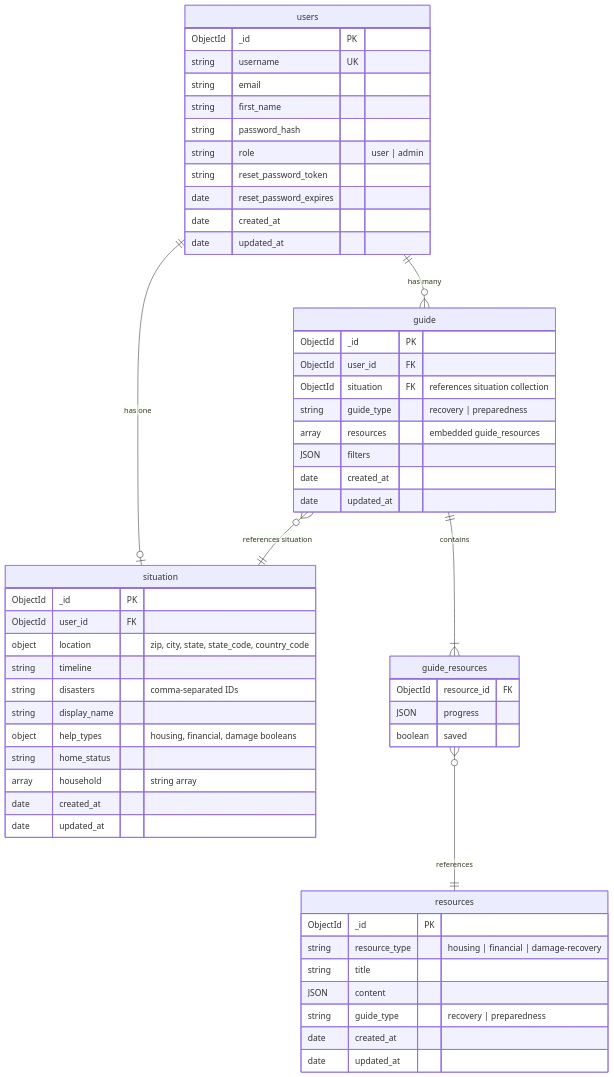
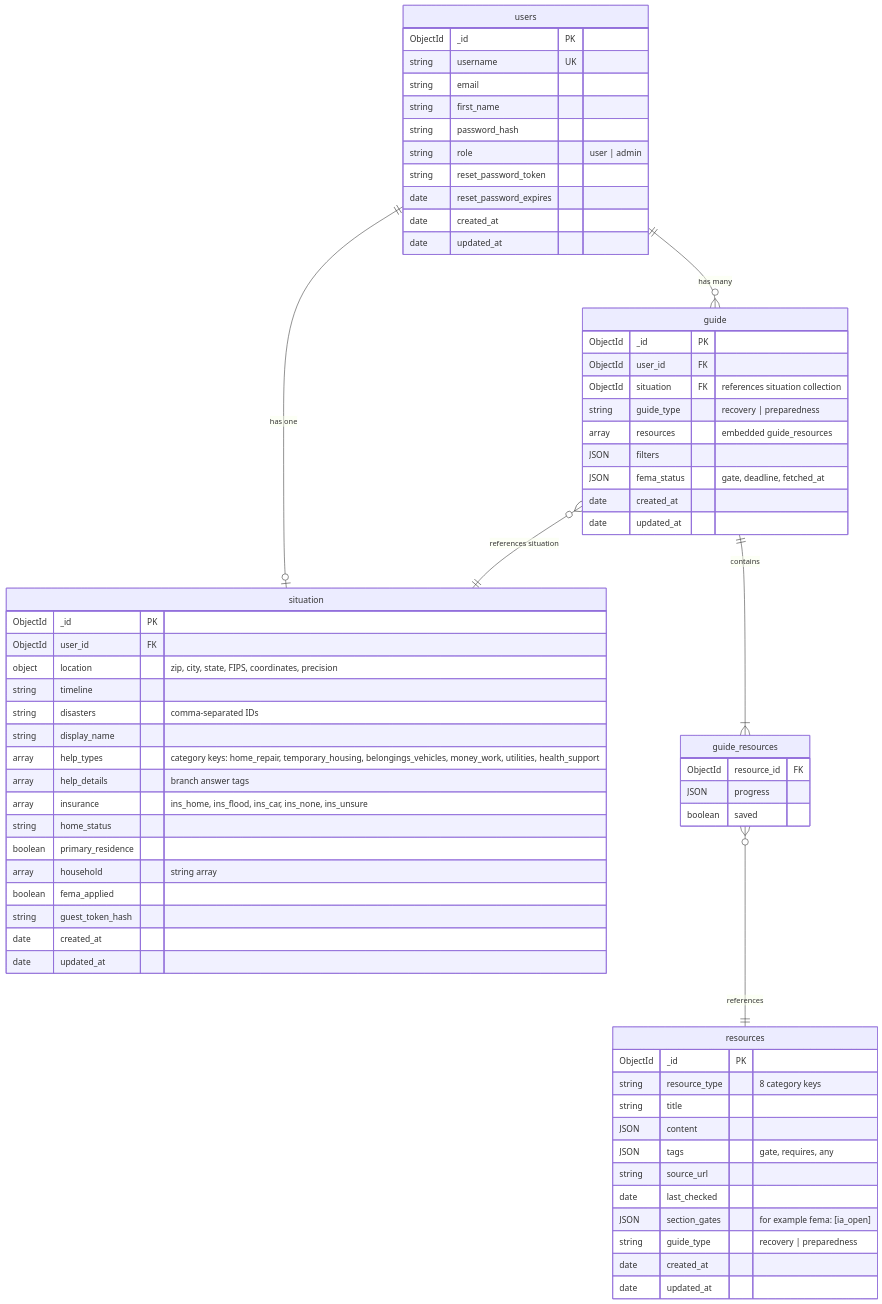
The first of 2 diagrams in docs/db-structure.md (ArkLab-SeniorProject/Aftermath), drawn with Mermaid before and after one commit. The commit also changed other lines of this file and 10 other files, not shown here.

Commit message:
db and graphql restructuring

````diff
--- a/docs/db-structure.md
+++ b/docs/db-structure.md
@@ -7,62 +7,72 @@
 ```mermaid
 erDiagram
     users ||--o| situation : "has one"
     users ||--o{ guide : "has many"
     guide }o--|| situation : "references situation"
     guide ||--|{ guide_resources : "contains"
     guide_resources }o--|| resources : "references"
 
     users {
         ObjectId _id PK
         string username UK
         string email
         string first_name
         string password_hash
         string role "user | admin"
         string reset_password_token
         date reset_password_expires
         date created_at
         date updated_at
     }
 
     situation {
         ObjectId _id PK
         ObjectId user_id FK
-        object location "zip, city, state, state_code, country_code"
+        object location "zip, city, state, FIPS, coordinates, precision"
         string timeline
         string disasters "comma-separated IDs"
         string display_name
-        object help_types "housing, financial, damage booleans"
+        array help_types "category keys: home_repair, temporary_housing, belongings_vehicles, money_work, utilities, health_support"
+        array help_details "branch answer tags"
+        array insurance "ins_home, ins_flood, ins_car, ins_none, ins_unsure"
         string home_status
+        boolean primary_residence
         array household "string array"
+        boolean fema_applied
+        string guest_token_hash
         date created_at
         date updated_at
     }
 
     resources {
         ObjectId _id PK
-        string resource_type "housing | financial | damage-recovery"
+        string resource_type "8 category keys"
         string title
         JSON content
+        JSON tags "gate, requires, any"
+        string source_url
+        date last_checked
+        JSON section_gates "for example fema: [ia_open]"
         string guide_type "recovery | preparedness"
         date created_at
         date updated_at
     }
 
     guide {
         ObjectId _id PK
         ObjectId user_id FK
         ObjectId situation FK "references situation collection"
         string guide_type "recovery | preparedness"
         array resources "embedded guide_resources"
         JSON filters
+        JSON fema_status "gate, deadline, fetched_at"
         date created_at
         date updated_at
     }
 
     guide_resources {
         ObjectId resource_id FK
         JSON progress
         boolean saved
     }
 ```
````
